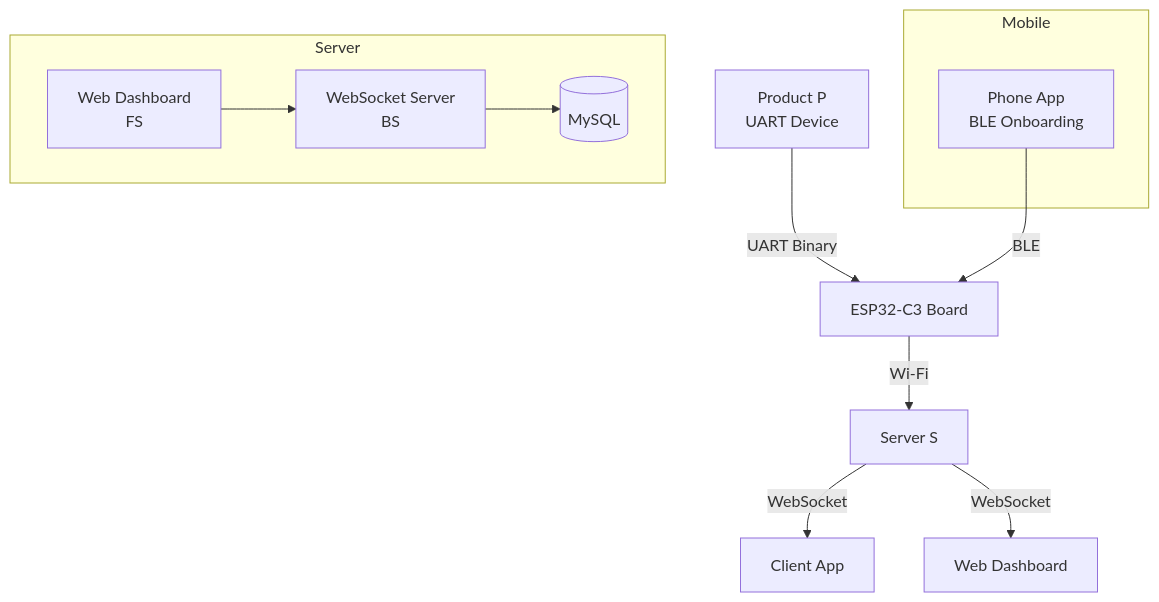
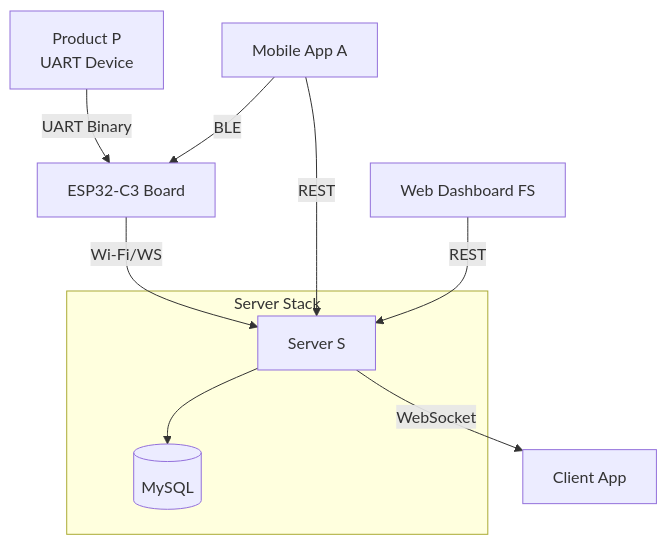
One commit to hyunu/nexio changed the first of 4 diagrams in design.md. Above: the diagram before and after it, drawn with Mermaid. The commit also changed 11 other files, not shown here.

First line of the commit message:
feat: BLE 광고 최적화, 제품 keep-alive, discard flow, 서버 버그 수정

````diff
--- a/design.md
+++ b/design.md
@@ -5,20 +5,16 @@
 ```mermaid
 graph TB
     P[Product P<br/>UART Device] -->|UART Binary| B[ESP32-C3 Board]
-    B -->|Wi-Fi| S[Server S]
+    B -->|Wi-Fi/WS| S[Server S]
     S -->|WebSocket| C[Client App]
-    S -->|WebSocket| F[Web Dashboard]
 
-    subgraph Mobile
-    A[Phone App<br/>BLE Onboarding]
-    end
-    A -->|BLE| B
+    A[Mobile App A] -->|BLE| B
+    A -->|REST| S
+    F[Web Dashboard FS] -->|REST| S
 
-    subgraph Server
-    BS[WebSocket Server<br/>BS]
-    FS[Web Dashboard<br/>FS]
+    subgraph Server Stack
+    S
     DB[(MySQL)]
     end
-    BS --> DB
-    FS --> BS
+    S --> DB
 ```
````
